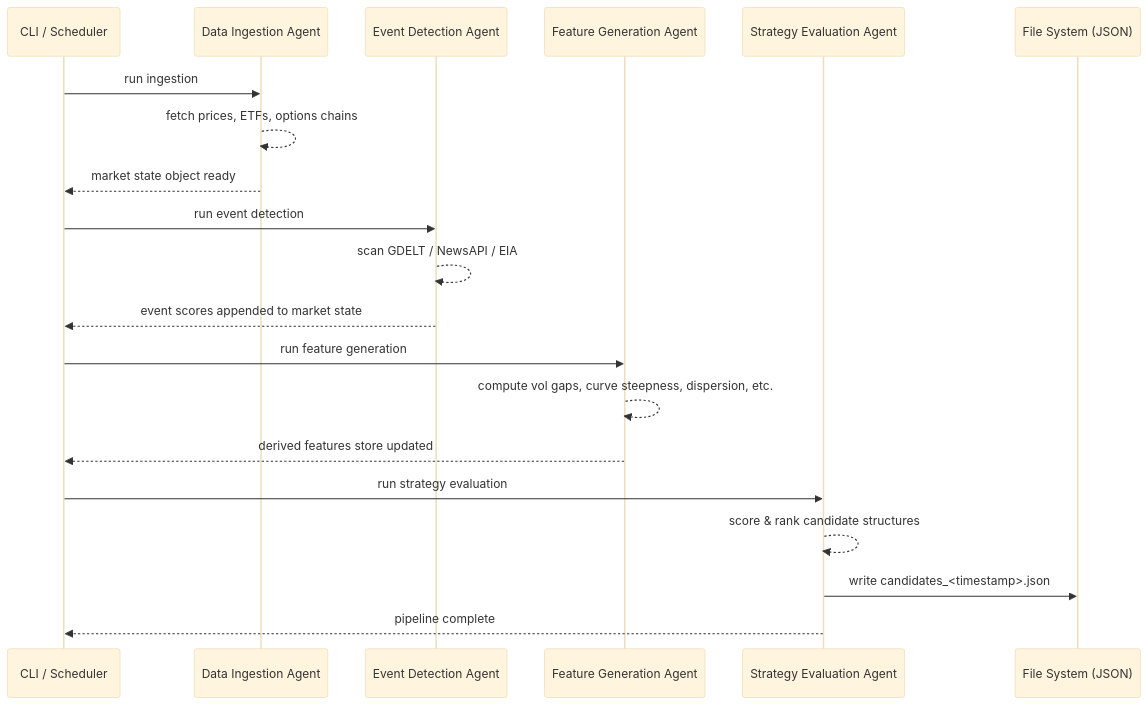
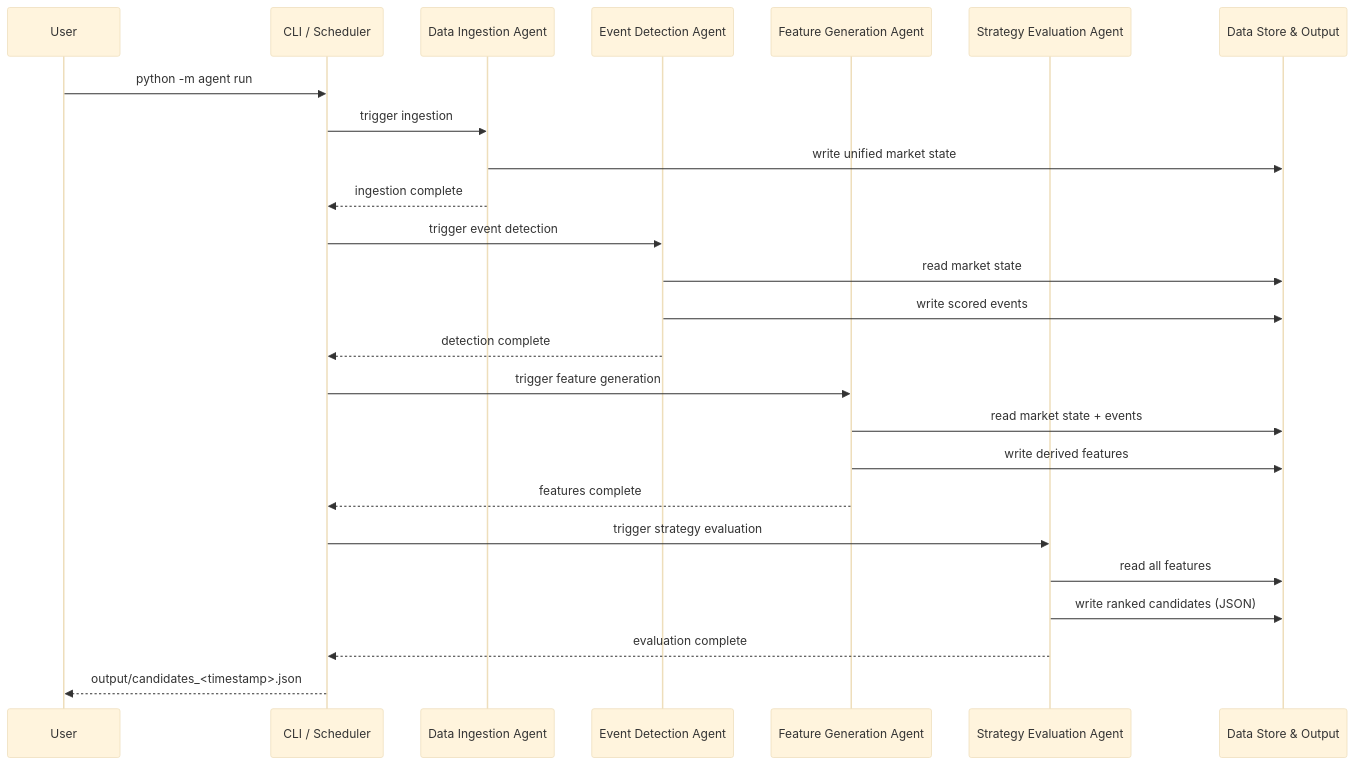
The second of 2 diagrams in docs/generated/user_guide_full-pipeline.md (jeisenback/golden_boy_peanuts), drawn with Mermaid (base theme) before and after one commit. The commit also changed other lines of this file, not shown here.

Commit message:
docs: regenerate user guide [skip ci]

````diff
--- a/docs/generated/user_guide_full-pipeline.md
+++ b/docs/generated/user_guide_full-pipeline.md
@@ -206,26 +238,28 @@
 ```mermaid
 sequenceDiagram
+    participant User
     participant CLI as CLI / Scheduler
-    participant DI as Data Ingestion Agent
-    participant ED as Event Detection Agent
-    participant FG as Feature Generation Agent
-    participant SE as Strategy Evaluation Agent
-    participant FS as File System (JSON)
+    participant DIA as Data Ingestion Agent
+    participant EDA as Event Detection Agent
+    participant FGA as Feature Generation Agent
+    participant SEA as Strategy Evaluation Agent
+    participant Store as Data Store & Output
 
-    CLI->>DI: run ingestion
-    DI-->>DI: fetch prices, ETFs, options chains
-    DI-->>CLI: market state object ready
-
-    CLI->>ED: run event detection
-    ED-->>ED: scan GDELT / NewsAPI / EIA
-    ED-->>CLI: event scores appended to market state
-
-    CLI->>FG: run feature generation
-    FG-->>FG: compute vol gaps, curve steepness, dispersion, etc.
-    FG-->>CLI: derived features store updated
-
-    CLI->>SE: run strategy evaluation
-    SE-->>SE: score & rank candidate structures
-    SE->>FS: write candidates_<timestamp>.json
-    SE-->>CLI: pipeline complete
+    User->>CLI: python -m agent run
+    CLI->>DIA: trigger ingestion
+    DIA->>Store: write unified market state
+    DIA-->>CLI: ingestion complete
+    CLI->>EDA: trigger event detection
+    EDA->>Store: read market state
+    EDA->>Store: write scored events
+    EDA-->>CLI: detection complete
+    CLI->>FGA: trigger feature generation
+    FGA->>Store: read market state + events
+    FGA->>Store: write derived features
+    FGA-->>CLI: features complete
+    CLI->>SEA: trigger strategy evaluation
+    SEA->>Store: read all features
+    SEA->>Store: write ranked candidates (JSON)
+    SEA-->>CLI: evaluation complete
+    CLI-->>User: output/candidates_<timestamp>.json
 ```
````
